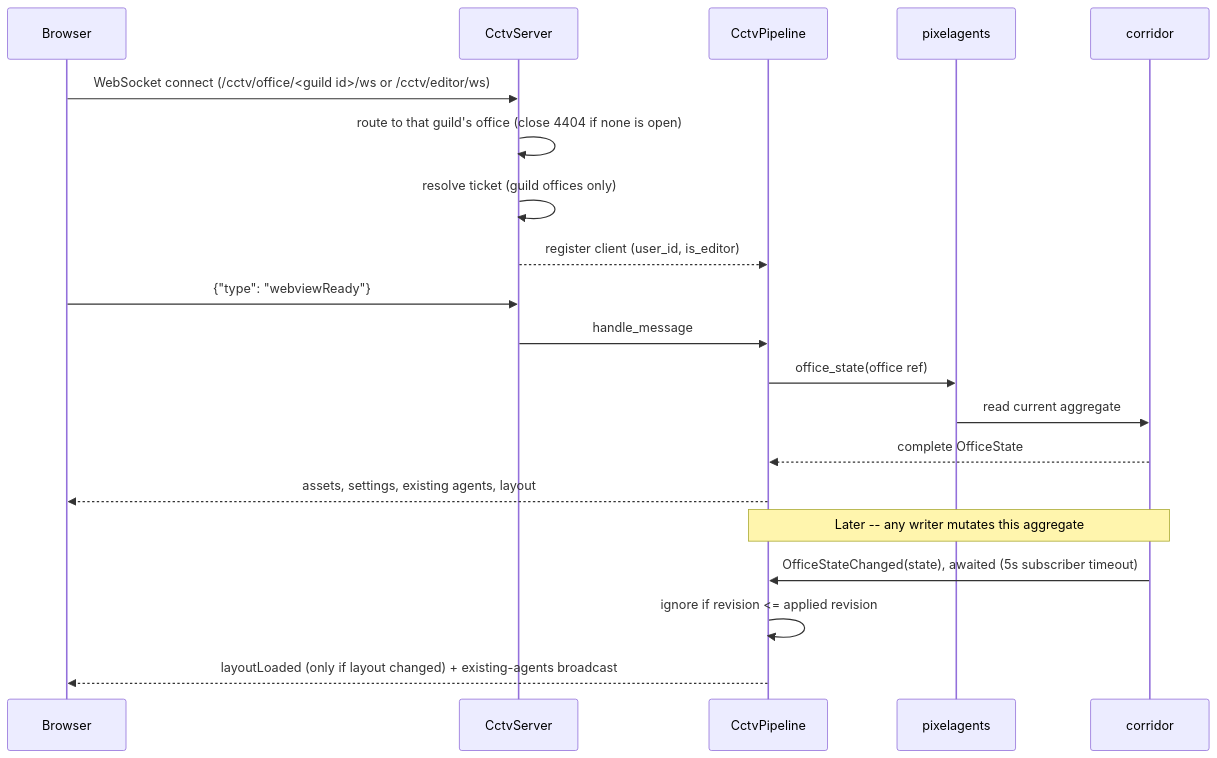
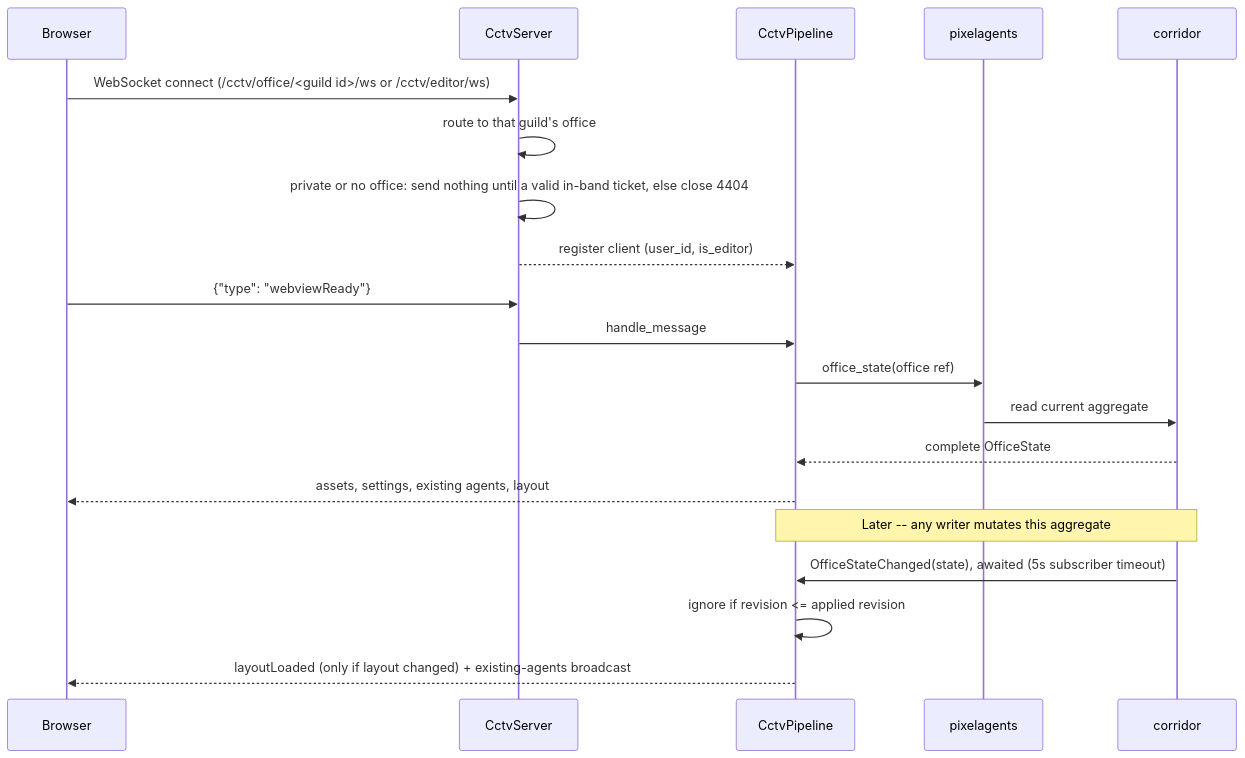
Before and after one commit to pixel-agents-hq/pixel-agents-cogs: the third of 3 diagrams in cctv/Architecture.md, drawn with Mermaid. The commit also changed other lines of this file and 24 other files, not shown here.

First line of the commit message:
feat(cctv): private server offices, viewable only by signed-in members (#108)

````diff
--- a/cctv/Architecture.md
+++ b/cctv/Architecture.md
@@ -94,24 +94,24 @@
 ```mermaid
 sequenceDiagram
     participant B as Browser
     participant S as CctvServer
     participant Pi as CctvPipeline
     participant PA as pixelagents
     participant Co as corridor
 
     B->>S: WebSocket connect (/cctv/office/<guild id>/ws or /cctv/editor/ws)
-    S->>S: route to that guild's office (close 4404 if none is open)
-    S->>S: resolve ticket (guild offices only)
+    S->>S: route to that guild's office
+    S->>S: private or no office: send nothing until a valid in-band ticket, else close 4404
     S-->>Pi: register client (user_id, is_editor)
     B->>S: {"type": "webviewReady"}
     S->>Pi: handle_message
     Pi->>PA: office_state(office ref)
     PA->>Co: read current aggregate
     Co-->>Pi: complete OfficeState
     Pi-->>B: assets, settings, existing agents, layout
 
     Note over Co,Pi: Later -- any writer mutates this aggregate
     Co->>Pi: OfficeStateChanged(state), awaited (5s subscriber timeout)
     Pi->>Pi: ignore if revision <= applied revision
     Pi-->>B: layoutLoaded (only if layout changed) + existing-agents broadcast
 ```
````
